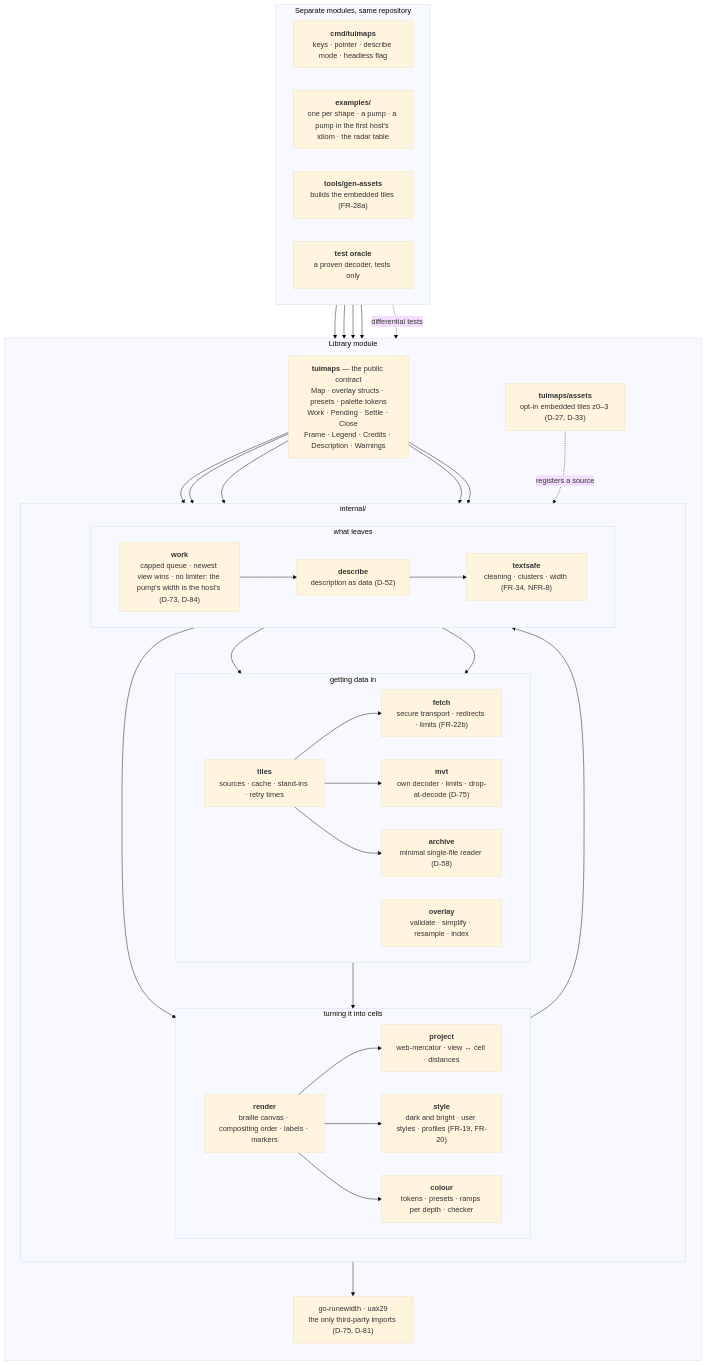
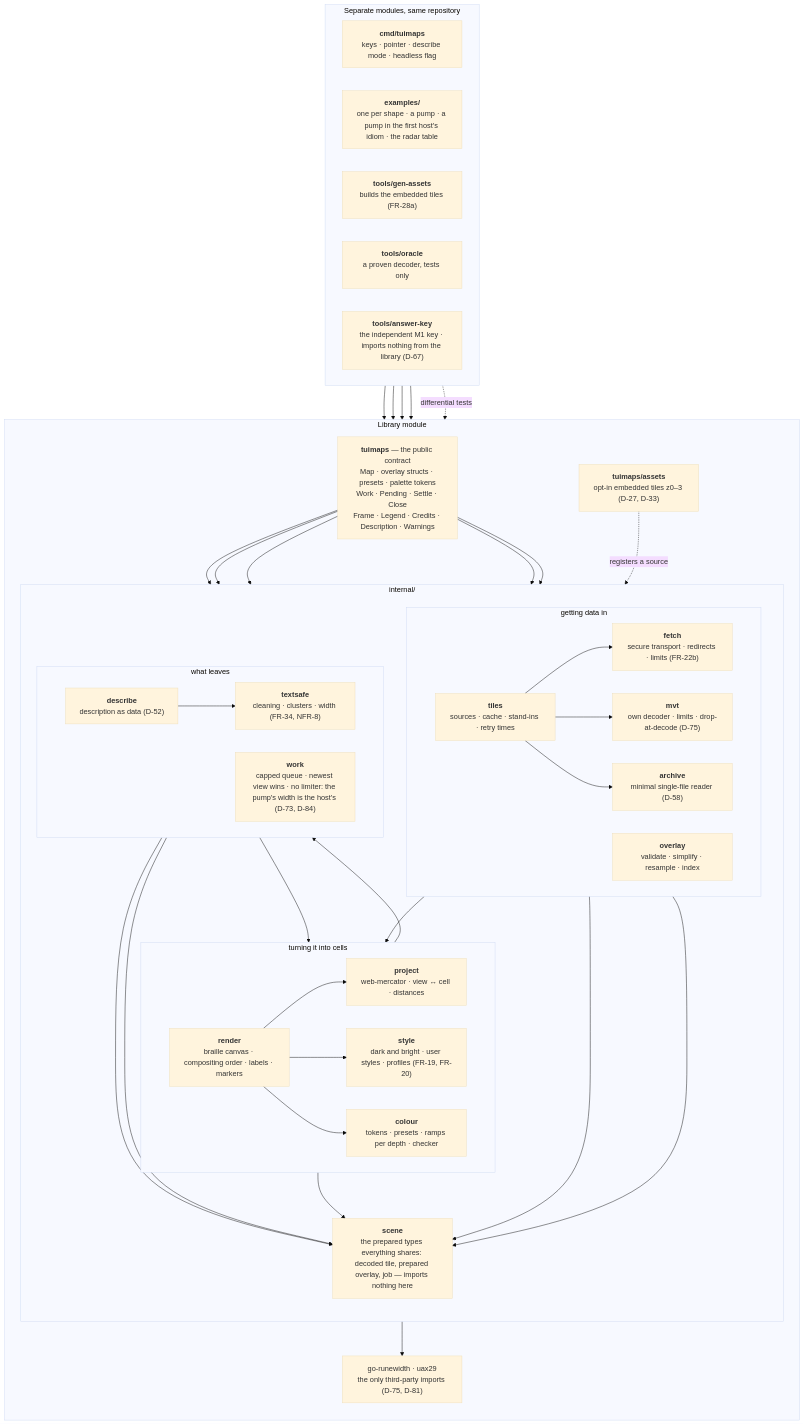
One commit to branden-thompson/go-tuimaps changed the second of 3 diagrams in 06_docs/02_features/go-tuimaps/03-architecture-design/architecture.md. Above: the diagram before and after it, drawn with Mermaid (base theme). The commit also changed other lines of this file and 17 other files, not shown here.

First line of the commit message:
docs(plan): eight missing diagrams drawn; six contradictions between diagrams removed; the index completed

````diff
--- a/06_docs/02_features/go-tuimaps/03-architecture-design/architecture.md
+++ b/06_docs/02_features/go-tuimaps/03-architecture-design/architecture.md
@@ -103,67 +113,71 @@
 ```mermaid
 flowchart TB
     subgraph LIB["Library module"]
       direction TB
       PUB["<b>tuimaps</b> — the public contract<br/>Map · overlay structs · presets · palette tokens<br/>Work · Pending · Settle · Close<br/>Frame · Legend · Credits · Description · Warnings"]
       ASSETS["<b>tuimaps/assets</b><br/>opt-in embedded tiles z0–3 (D-27, D-33)"]
 
       subgraph INT["internal/"]
         direction TB
         subgraph DATA["getting data in"]
           direction LR
           TILES["<b>tiles</b><br/>sources · cache · stand-ins · retry times"]
           MVT["<b>mvt</b><br/>own decoder · limits · drop-at-decode (D-75)"]
           ARC["<b>archive</b><br/>minimal single-file reader (D-58)"]
           FETCH["<b>fetch</b><br/>secure transport · redirects · limits (FR-22b)"]
           OVR["<b>overlay</b><br/>validate · simplify · resample · index"]
         end
         subgraph DRAW["turning it into cells"]
           direction LR
           PROJ["<b>project</b><br/>web-mercator · view ↔ cell · distances"]
           STYL["<b>style</b><br/>dark and bright · user styles · profiles (FR-19, FR-20)"]
           REN["<b>render</b><br/>braille canvas · compositing order · labels · markers"]
           COL["<b>colour</b><br/>tokens · presets · ramps per depth · checker"]
         end
+        SCENE["<b>scene</b><br/>the prepared types everything shares: decoded tile, prepared overlay, job — imports nothing here"]
         subgraph OUTP["what leaves"]
           direction LR
           DESC["<b>describe</b><br/>description as data (D-52)"]
           TXT["<b>textsafe</b><br/>cleaning · clusters · width (FR-34, NFR-8)"]
           WORKQ["<b>work</b><br/>capped queue · newest view wins · no limiter: the pump's width is the host's (D-73, D-84)"]
         end
       end
 
       PUB --> WORKQ
+      TILES --> SCENE
+      OVR --> SCENE
+      REN --> SCENE
+      DESC --> SCENE
+      WORKQ --> SCENE
       PUB --> REN
       PUB --> OVR
       PUB --> DESC
       PUB --> COL
       ASSETS -. "registers a source" .-> TILES
-      WORKQ --> TILES
-      WORKQ --> OVR
-      WORKQ --> DESC
       TILES --> FETCH
       TILES --> MVT
       TILES --> ARC
       REN --> PROJ
       REN --> STYL
       REN --> COL
       REN --> TXT
       OVR --> PROJ
       DESC --> PROJ
       DESC --> TXT
       TXT --> DEP["go-runewidth · uax29<br/>the only third-party imports (D-75, D-81)"]
     end
 
     subgraph OUT["Separate modules, same repository"]
       direction LR
       APP["<b>cmd/tuimaps</b><br/>keys · pointer · describe mode · headless flag"]
       EX["<b>examples/</b><br/>one per shape · a pump · a pump in the first host's idiom · the radar table"]
       GEN["<b>tools/gen-assets</b><br/>builds the embedded tiles (FR-28a)"]
-      ORA["<b>test oracle</b><br/>a proven decoder, tests only"]
+      ORA["<b>tools/oracle</b><br/>a proven decoder, tests only"]
+      AK["<b>tools/answer-key</b><br/>the independent M1 key · imports nothing from the library (D-67)"]
     end
     APP --> PUB
     EX --> PUB
     GEN --> ARC
     GEN --> MVT
     ORA -. "differential tests" .-> MVT
 ```
````
